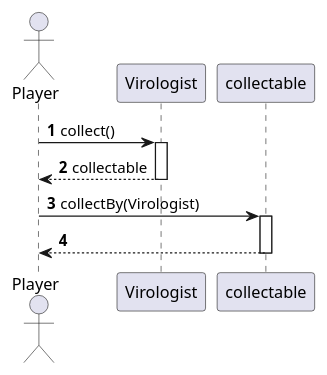
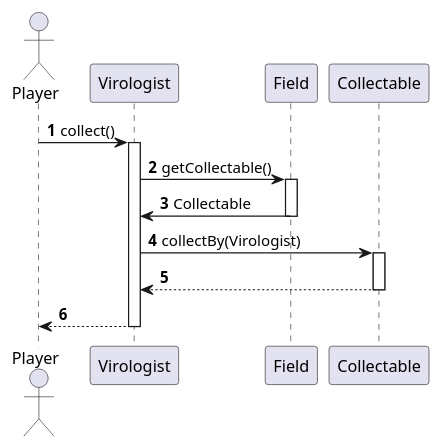
The diagram in sequence-diagram/collect.puml (Projlab-csb/projlab-virologus), drawn with PlantUML before and after one commit. The commit also changed 2 other files, not shown here.

Commit message:
[Wip]: Class diagram, seq diagram

```diff
--- a/sequence-diagram/collect.puml
+++ b/sequence-diagram/collect.puml
@@ -1,19 +1,24 @@
 @startuml
 'https://plantuml.com/sequence-diagram
 
 autonumber
 
 actor Player
 
 Player -> Virologist: collect()
 Activate Virologist
-Virologist --> Player: collectable
 
+Virologist -> Field: getCollectable()
+Activate Field
+Field -> Virologist: Collectable
+Deactivate Field
+
+Virologist -> Collectable: collectBy(Virologist)
+Activate Collectable
+
+Collectable --> Virologist:
+Deactivate Collectable
+Virologist --> Player
 Deactivate Virologist
-Player -> collectable: collectBy(Virologist)
-Activate collectable
-
-collectable --> Player:
-Deactivate collectable
 
 @enduml
```
